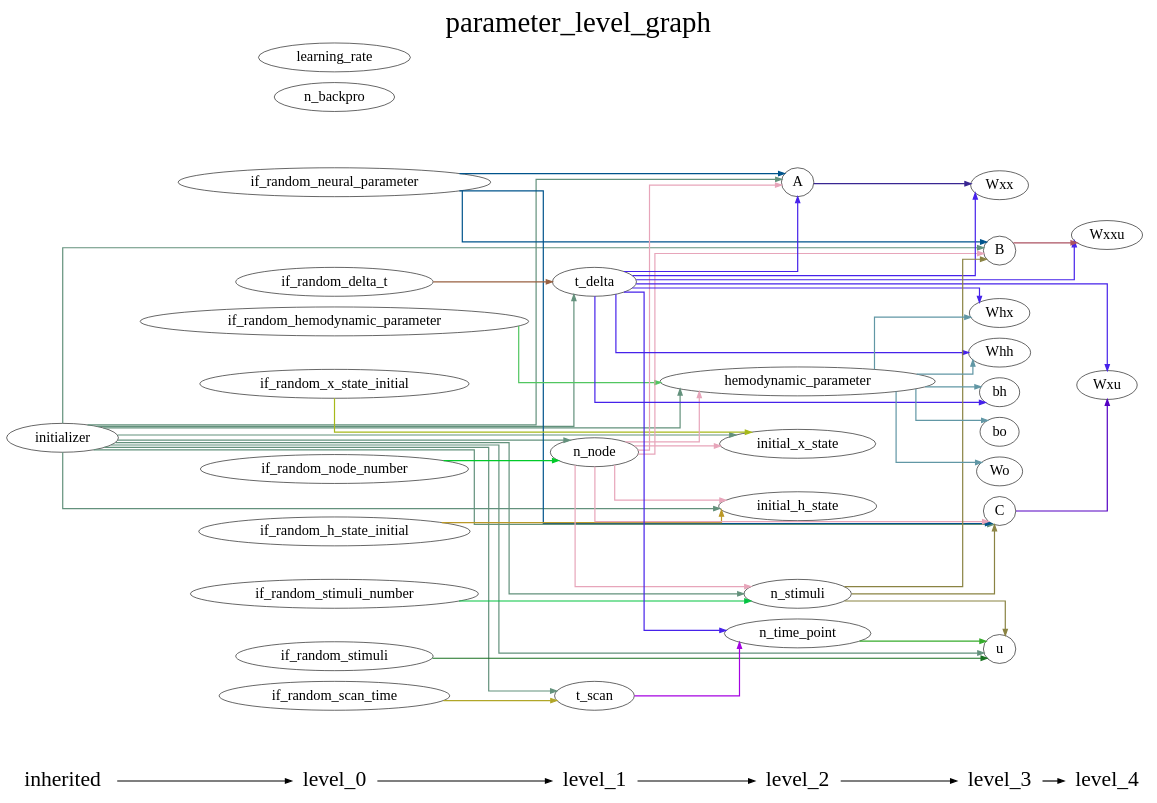
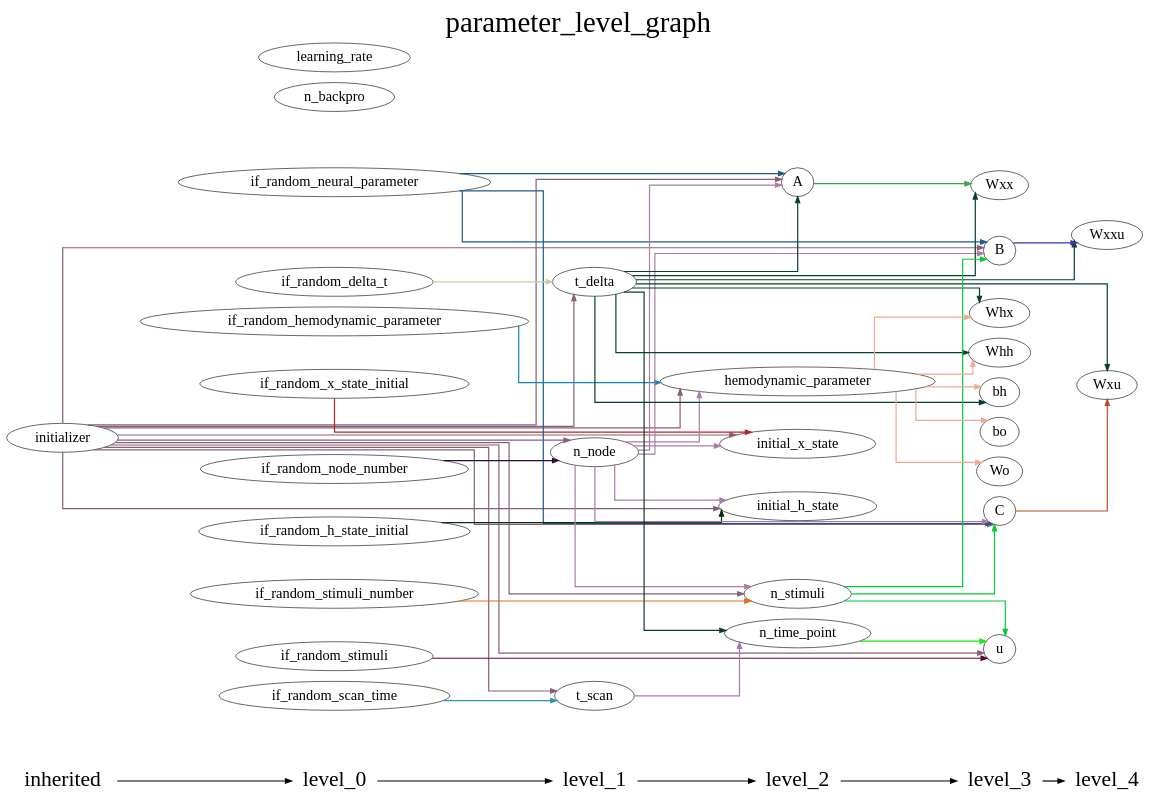
One commit to YuanWangOnward/DCM_RNN changed the diagram in DCM_RNN/documents/parameter_level_graph.gv. Above: the diagram before and after it, drawn with Graphviz. The commit also changed 4 other files, not shown here.

```diff
--- a/DCM_RNN/documents/parameter_level_graph.gv
+++ b/DCM_RNN/documents/parameter_level_graph.gv
@@ -1,131 +1,131 @@
 digraph G {
           splines=ortho;
           fontsize = 48;
           rankdir = "LR";
           node[fontsize=24];
           edge[penwidth=2];
           {
           node [shape=plaintext fontsize=36];
           inherited -> 
           level_0 -> 
           level_1 -> 
           level_2 -> 
           level_3 -> 
           level_4
           }
           {rank = same;
           inherited;
           initializer;
           }
           {rank = same;
           level_0;
           if_random_neural_parameter;
           if_random_hemodynamic_parameter;
           if_random_x_state_initial;
           if_random_h_state_initial;
           if_random_stimuli;
           if_random_node_number;
           if_random_stimuli_number;
           if_random_delta_t;
           if_random_scan_time;
           n_backpro;
           learning_rate;
           }
           {rank = same;
           level_1;
           n_node;
           t_delta;
           t_scan;
           }
           {rank = same;
           level_2;
           n_time_point;
           n_stimuli;
           A;
           hemodynamic_parameter;
           initial_x_state;
           initial_h_state;
           }
           {rank = same;
           level_3;
           u;
           B;
           C;
           Wxx;
           Whx;
           Whh;
           bh;
           Wo;
           bo;
           }
           {rank = same;
           level_4;
           Wxxu;
           Wxu;
           }
-          if_random_scan_time -> t_scan [color="#B1A628"];
-          B -> Wxxu [color="#AB5262"];
-          if_random_x_state_initial -> initial_x_state [color="#A7B91A"];
-          if_random_neural_parameter -> B [color="#00548C"];
-          if_random_neural_parameter -> C [color="#00548C"];
-          if_random_neural_parameter -> A [color="#00548C"];
+          Wxu ;
           Wxx ;
-          t_scan -> n_time_point [color="#A503E2"];
-          n_stimuli -> B [color="#8A8343"];
-          n_stimuli -> C [color="#8A8343"];
-          n_stimuli -> u [color="#8A8343"];
+          Whh ;
+          Wxxu ;
+          n_node -> initial_h_state [color="#AC7CA7"];
+          n_node -> B [color="#AC7CA7"];
+          n_node -> n_stimuli [color="#AC7CA7"];
+          n_node -> C [color="#AC7CA7"];
+          n_node -> hemodynamic_parameter [color="#AC7CA7"];
+          n_node -> initial_x_state [color="#AC7CA7"];
+          n_node -> A [color="#AC7CA7"];
+          if_random_stimuli_number -> n_stimuli [color="#E16E22"];
+          bh ;
+          if_random_stimuli -> u [color="#5B0A31"];
+          if_random_scan_time -> t_scan [color="#2B93B8"];
+          n_time_point -> u [color="#1BE812"];
+          t_delta -> bh [color="#054222"];
+          t_delta -> Wxxu [color="#054222"];
+          t_delta -> Wxx [color="#054222"];
+          t_delta -> Wxu [color="#054222"];
+          t_delta -> Whh [color="#054222"];
+          t_delta -> Whx [color="#054222"];
+          t_delta -> n_time_point [color="#054222"];
+          t_delta -> A [color="#054222"];
+          initial_h_state ;
+          B -> Wxxu [color="#3735B2"];
+          bo ;
+          u ;
+          n_stimuli -> B [color="#06C937"];
+          n_stimuli -> u [color="#06C937"];
+          n_stimuli -> C [color="#06C937"];
+          Wo ;
+          if_random_delta_t -> t_delta [color="#CBC8A5"];
+          Whx ;
+          C -> Wxu [color="#B64C20"];
+          learning_rate ;
+          if_random_h_state_initial -> initial_h_state [color="#05300C"];
+          if_random_x_state_initial -> initial_x_state [color="#BA2320"];
+          hemodynamic_parameter -> bh [color="#EEAA92"];
+          hemodynamic_parameter -> Wo [color="#EEAA92"];
+          hemodynamic_parameter -> bo [color="#EEAA92"];
+          hemodynamic_parameter -> Whh [color="#EEAA92"];
+          hemodynamic_parameter -> Whx [color="#EEAA92"];
+          initial_x_state ;
+          if_random_neural_parameter -> B [color="#1A5C89"];
+          if_random_neural_parameter -> C [color="#1A5C89"];
+          if_random_neural_parameter -> A [color="#1A5C89"];
+          if_random_hemodynamic_parameter -> hemodynamic_parameter [color="#1088B8"];
+          initializer -> n_node [color="#866077"];
+          initializer -> t_delta [color="#866077"];
+          initializer -> initial_h_state [color="#866077"];
+          initializer -> B [color="#866077"];
+          initializer -> u [color="#866077"];
+          initializer -> n_stimuli [color="#866077"];
+          initializer -> t_scan [color="#866077"];
+          initializer -> C [color="#866077"];
+          initializer -> hemodynamic_parameter [color="#866077"];
+          initializer -> initial_x_state [color="#866077"];
+          initializer -> A [color="#866077"];
+          t_scan -> n_time_point [color="#AB75B7"];
+          A -> Wxx [color="#3AA348"];
           n_backpro ;
-          bo ;
-          C -> Wxu [color="#5400C2"];
-          learning_rate ;
-          initial_x_state ;
-          Wxxu ;
-          n_node -> B [color="#E7A5BA"];
-          n_node -> n_stimuli [color="#E7A5BA"];
-          n_node -> C [color="#E7A5BA"];
-          n_node -> initial_x_state [color="#E7A5BA"];
-          n_node -> initial_h_state [color="#E7A5BA"];
-          n_node -> hemodynamic_parameter [color="#E7A5BA"];
-          n_node -> A [color="#E7A5BA"];
-          u ;
-          initializer -> B [color="#63917C"];
-          initializer -> n_node [color="#63917C"];
-          initializer -> n_stimuli [color="#63917C"];
-          initializer -> t_delta [color="#63917C"];
-          initializer -> C [color="#63917C"];
-          initializer -> initial_x_state [color="#63917C"];
-          initializer -> initial_h_state [color="#63917C"];
-          initializer -> hemodynamic_parameter [color="#63917C"];
-          initializer -> u [color="#63917C"];
-          initializer -> t_scan [color="#63917C"];
-          initializer -> A [color="#63917C"];
-          initial_h_state ;
-          hemodynamic_parameter -> bo [color="#6197A5"];
-          hemodynamic_parameter -> Whx [color="#6197A5"];
-          hemodynamic_parameter -> bh [color="#6197A5"];
-          hemodynamic_parameter -> Wo [color="#6197A5"];
-          hemodynamic_parameter -> Whh [color="#6197A5"];
-          Wxu ;
-          if_random_hemodynamic_parameter -> hemodynamic_parameter [color="#51C660"];
-          Wo ;
-          t_delta -> Wxx [color="#4622EA"];
-          t_delta -> Wxxu [color="#4622EA"];
-          t_delta -> Whx [color="#4622EA"];
-          t_delta -> bh [color="#4622EA"];
-          t_delta -> Wxu [color="#4622EA"];
-          t_delta -> n_time_point [color="#4622EA"];
-          t_delta -> A [color="#4622EA"];
-          t_delta -> Whh [color="#4622EA"];
-          Whx ;
-          bh ;
-          n_time_point -> u [color="#36AB2B"];
-          if_random_stimuli -> u [color="#187120"];
-          if_random_delta_t -> t_delta [color="#986041"];
-          A -> Wxx [color="#392692"];
-          if_random_stimuli_number -> n_stimuli [color="#03C341"];
-          Whh ;
-          if_random_h_state_initial -> initial_h_state [color="#BA9827"];
-          if_random_node_number -> n_node [color="#00CA29"];
+          if_random_node_number -> n_node [color="#2A0B47"];
           labelloc = "t";
           label = "parameter_level_graph";
 }
```
